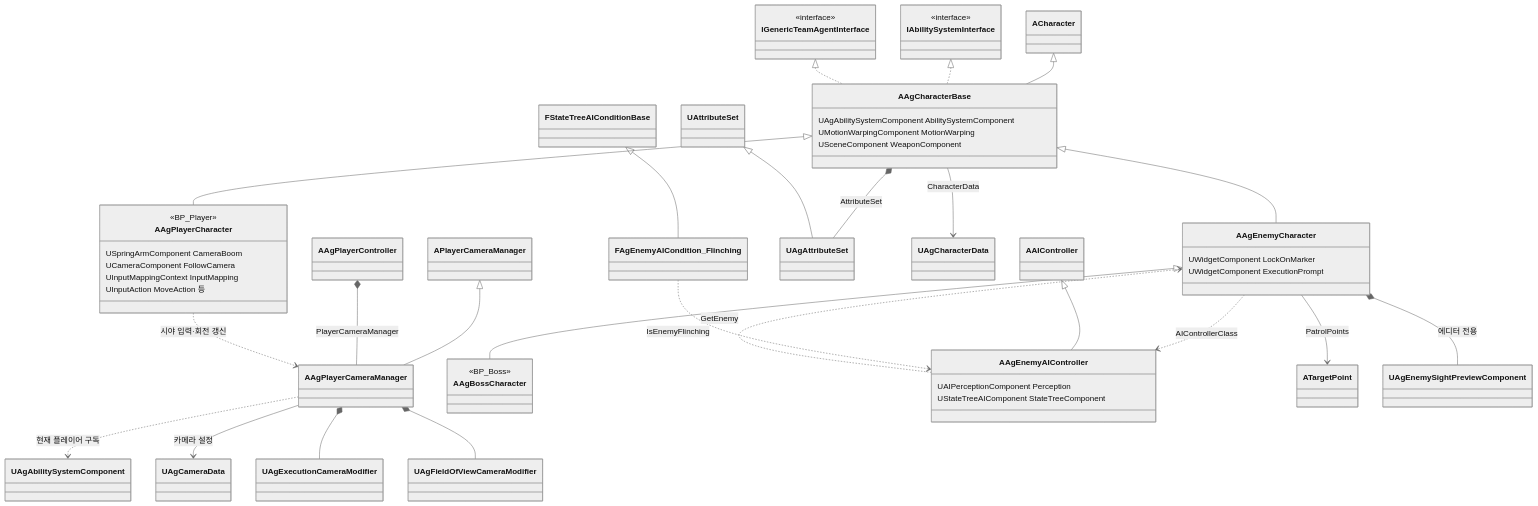
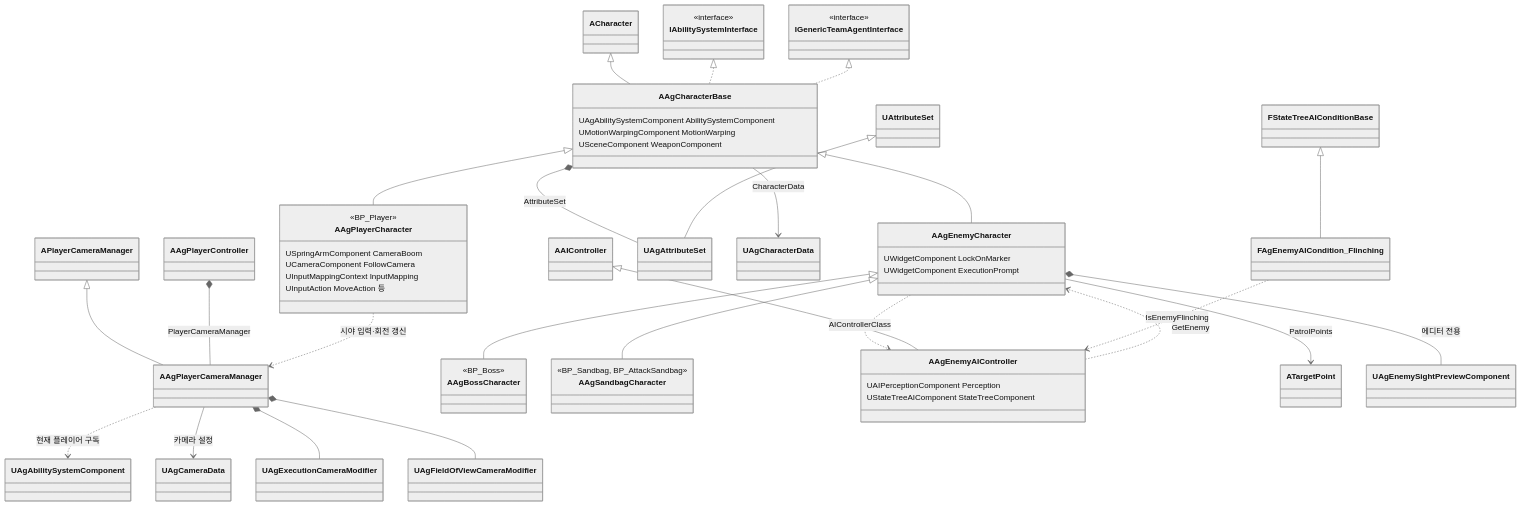
One commit to Woogl/Ag changed the first of 5 diagrams in Docs/Architecture/캐릭터 기반 구조와 GAS.md. Above: the diagram before and after it, drawn with Mermaid (neutral theme). The commit also changed other lines of this file and 14 other files, not shown here.

````diff
--- a/Docs/Architecture/캐릭터 기반 구조와 GAS.md
+++ b/Docs/Architecture/캐릭터 기반 구조와 GAS.md
@@ -42,58 +43,62 @@
 ```mermaid
 classDiagram
     direction TB
     class IAbilitySystemInterface {
         <<interface>>
     }
     class IGenericTeamAgentInterface {
         <<interface>>
     }
     class AAgCharacterBase {
         UAgAbilitySystemComponent AbilitySystemComponent
         UMotionWarpingComponent MotionWarping
         USceneComponent WeaponComponent
     }
     class AAgPlayerCharacter {
         <<BP_Player>>
         USpringArmComponent CameraBoom
         UCameraComponent FollowCamera
         UInputMappingContext InputMapping
         UInputAction MoveAction 등
     }
     class AAgPlayerCameraManager
     class AAgEnemyCharacter {
         UWidgetComponent LockOnMarker
         UWidgetComponent ExecutionPrompt
     }
     class AAgBossCharacter {
         <<BP_Boss>>
     }
+    class AAgSandbagCharacter {
+        <<BP_Sandbag, BP_AttackSandbag>>
+    }
     class AAgEnemyAIController {
         UAIPerceptionComponent Perception
         UStateTreeAIComponent StateTreeComponent
     }
     ACharacter <|-- AAgCharacterBase
     IAbilitySystemInterface <|.. AAgCharacterBase
     IGenericTeamAgentInterface <|.. AAgCharacterBase
     AAgCharacterBase <|-- AAgPlayerCharacter
     APlayerCameraManager <|-- AAgPlayerCameraManager
     AAgPlayerController *-- AAgPlayerCameraManager : PlayerCameraManager
     AAgPlayerCharacter ..> AAgPlayerCameraManager : 시야 입력·회전 갱신
     AAgPlayerCameraManager ..> UAgAbilitySystemComponent : 현재 플레이어 구독
     AAgPlayerCameraManager --> UAgCameraData : 카메라 설정
     AAgPlayerCameraManager *-- UAgExecutionCameraModifier
     AAgPlayerCameraManager *-- UAgFieldOfViewCameraModifier
     AAgCharacterBase <|-- AAgEnemyCharacter
     AAgEnemyCharacter <|-- AAgBossCharacter
+    AAgEnemyCharacter <|-- AAgSandbagCharacter
 
     AAgCharacterBase *-- UAgAttributeSet : AttributeSet
     UAttributeSet <|-- UAgAttributeSet
     AAgCharacterBase --> UAgCharacterData : CharacterData
     AAgEnemyCharacter ..> AAgEnemyAIController : AIControllerClass
     AAgEnemyCharacter --> ATargetPoint : PatrolPoints
     AAgEnemyCharacter *-- UAgEnemySightPreviewComponent : 에디터 전용
     AAIController <|-- AAgEnemyAIController
     AAgEnemyAIController ..> AAgEnemyCharacter : GetEnemy
     FStateTreeAIConditionBase <|-- FAgEnemyAICondition_Flinching
     FAgEnemyAICondition_Flinching ..> AAgEnemyAIController : IsEnemyFlinching
 ```
````
